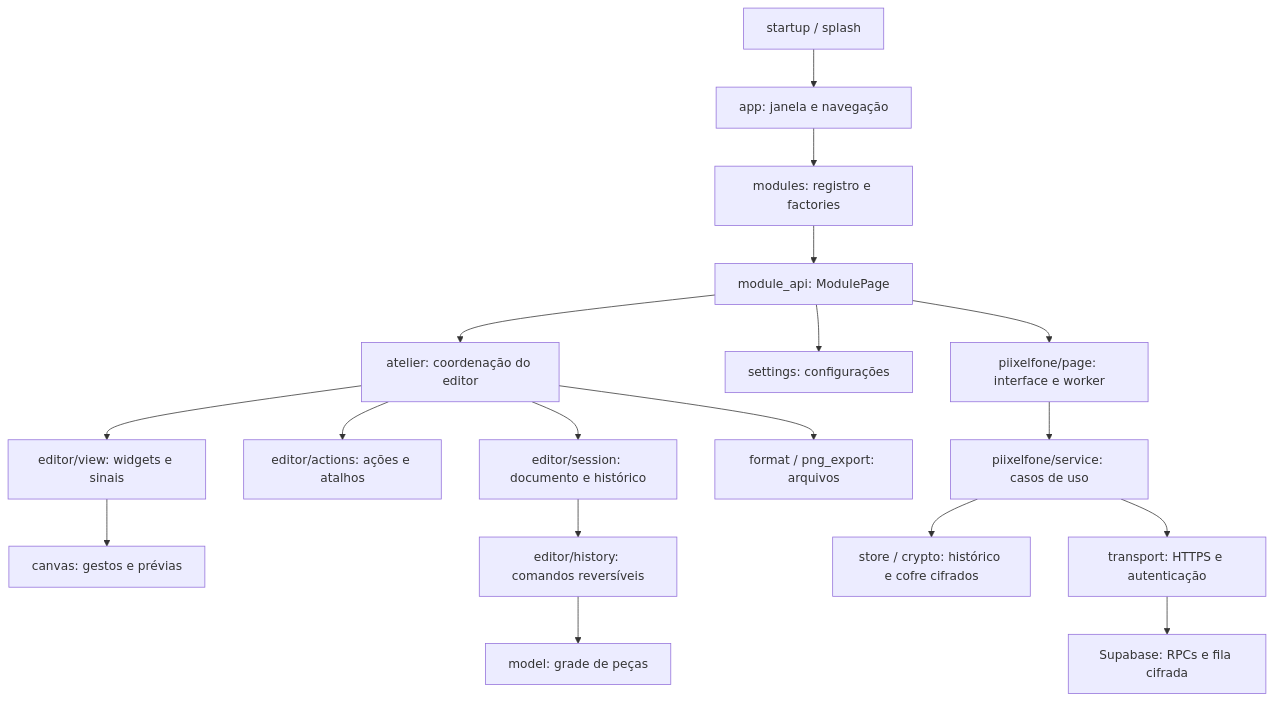
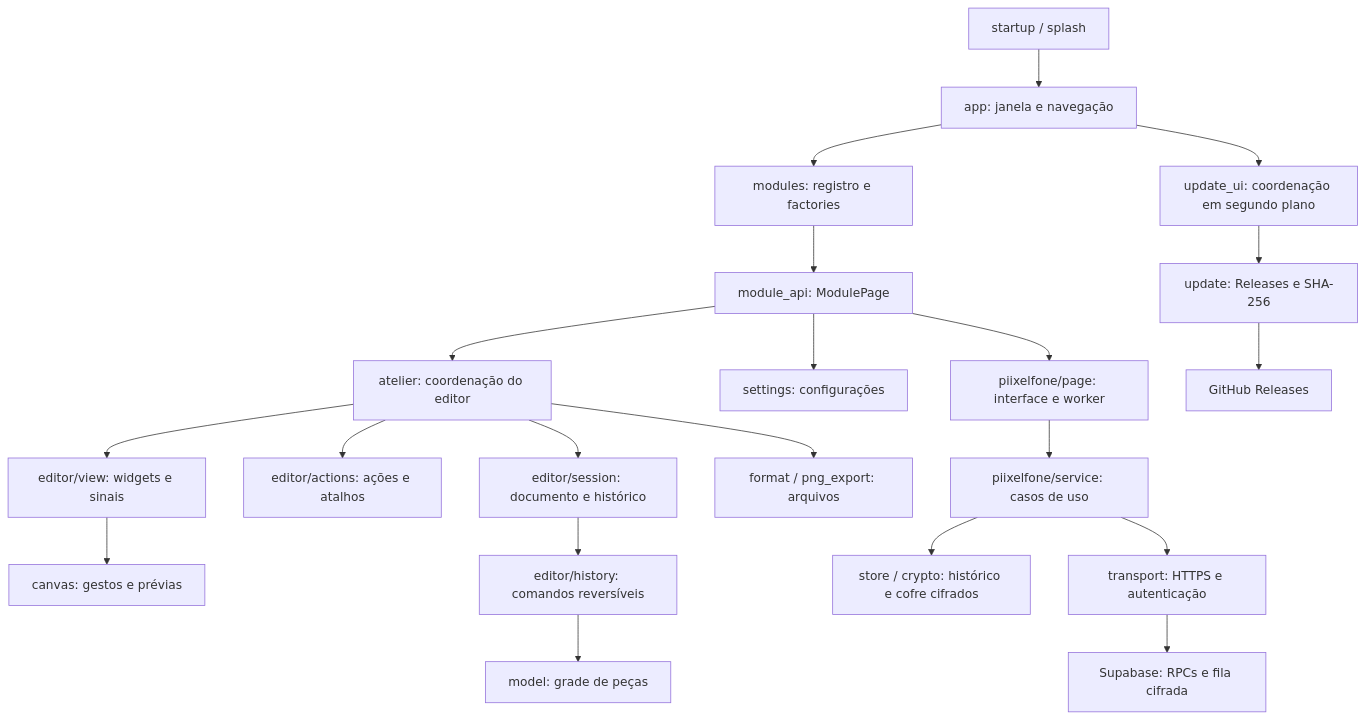
Before and after one commit to IHenriqueCSN/piixel: the diagram in docs/arquitetura.md, drawn with Mermaid. The commit also changed other lines of this file and 12 other files, not shown here.

Commit message:
Adiciona atualizações verificadas pelo GitHub Releases

````diff
--- a/docs/arquitetura.md
+++ b/docs/arquitetura.md
@@ -5,20 +5,23 @@
 ```mermaid
 flowchart TD
     Bootstrap["startup / splash"] --> Shell["app: janela e navegação"]
     Shell --> Registry["modules: registro e factories"]
     Registry --> Contract["module_api: ModulePage"]
     Contract --> Atelier["atelier: coordenação do editor"]
     Contract --> Settings["settings: configurações"]
+    Shell --> UpdateUI["update_ui: coordenação em segundo plano"]
+    UpdateUI --> Update["update: Releases e SHA-256"]
+    Update --> GitHub["GitHub Releases"]
     Contract --> Phone["piixelfone/page: interface e worker"]
     Phone --> PhoneService["piixelfone/service: casos de uso"]
     PhoneService --> PhoneStore["store / crypto: histórico e cofre cifrados"]
     PhoneService --> Transport["transport: HTTPS e autenticação"]
     Transport --> Supabase["Supabase: RPCs e fila cifrada"]
     Atelier --> View["editor/view: widgets e sinais"]
     Atelier --> Actions["editor/actions: ações e atalhos"]
     Atelier --> Session["editor/session: documento e histórico"]
     Session --> History["editor/history: comandos reversíveis"]
     History --> Model["model: grade de peças"]
     View --> Canvas["canvas: gestos e prévias"]
     Atelier --> Files["format / png_export: arquivos"]
 ```
````
